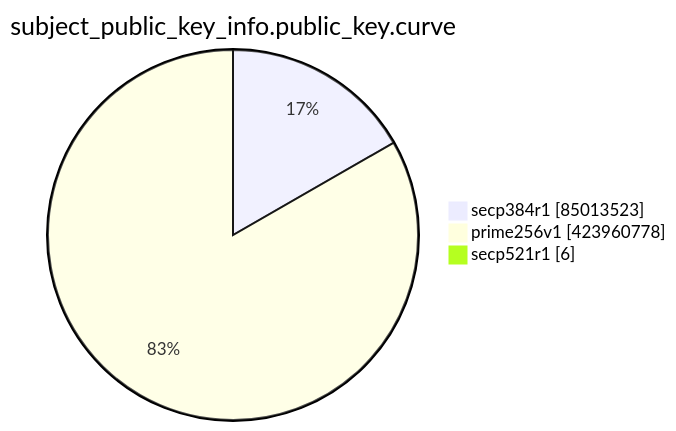
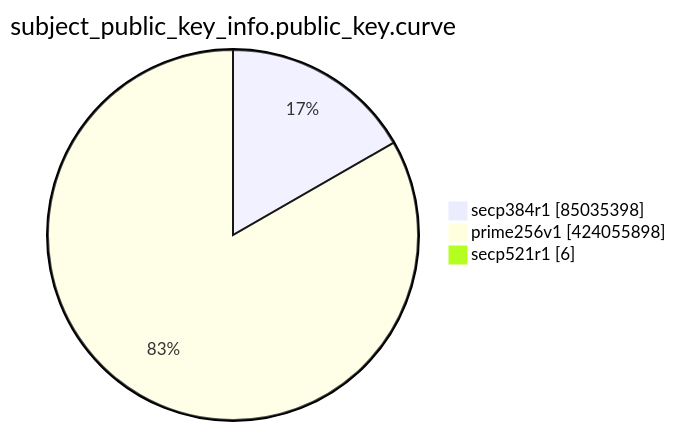
Before and after one commit to christiankrug/ctmonitor_visualization: the eighth of 15 diagrams in TOTAL/README.md, drawn with Mermaid. The commit also changed other lines of this file, not shown here.

````diff
--- a/TOTAL/README.md
+++ b/TOTAL/README.md
@@ -3100,7 +3100,7 @@
 ```mermaid
 pie showData
 title subject_public_key_info.public_key.curve
-"secp384r1" :85013523
-"prime256v1" :423960778
+"secp384r1" :85035398
+"prime256v1" :424055898
 "secp521r1" :6
 ```
````
